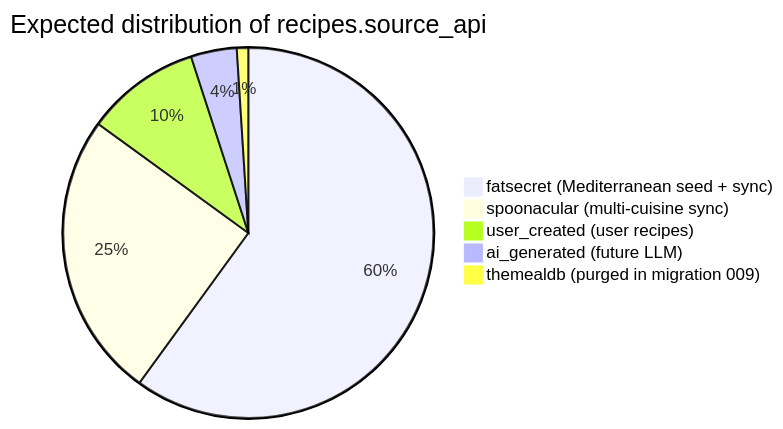
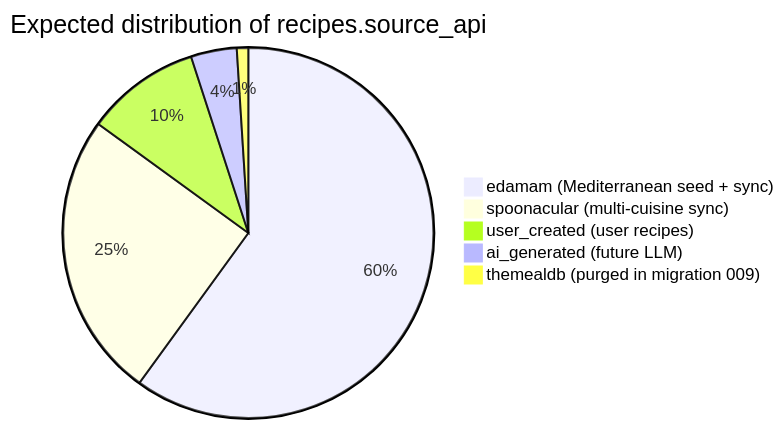
Diagram 21 of 24 in docs/data-architecture/11-diagrams.md (antonionc/nutrIAssistant), drawn with Mermaid before and after one commit. The commit also changed other lines of this file and 18 other files, not shown here.

````diff
--- a/docs/data-architecture/11-diagrams.md
+++ b/docs/data-architecture/11-diagrams.md
@@ -1018,8 +1018,8 @@
 ```mermaid
 pie title Expected distribution of recipes.source_api
-    "fatsecret (Mediterranean seed + sync)" : 60
+    "edamam (Mediterranean seed + sync)" : 60
     "spoonacular (multi-cuisine sync)" : 25
     "user_created (user recipes)" : 10
     "ai_generated (future LLM)" : 4
     "themealdb (purged in migration 009)" : 1
 ```
````
